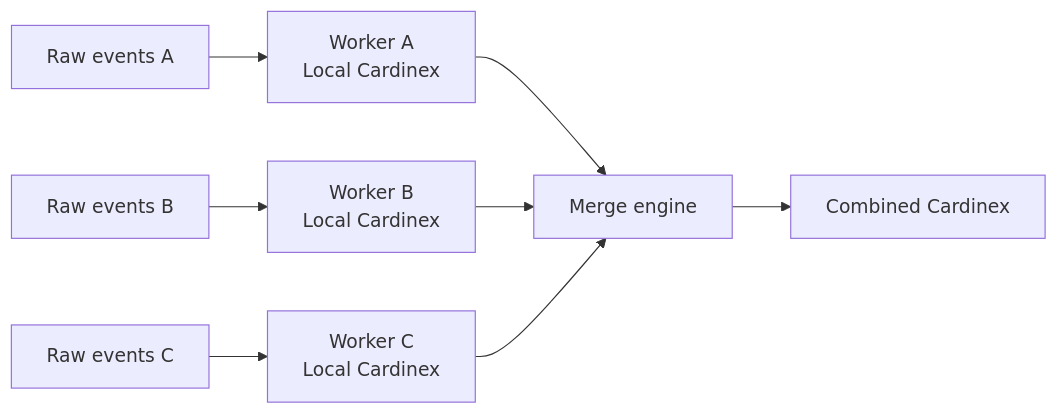
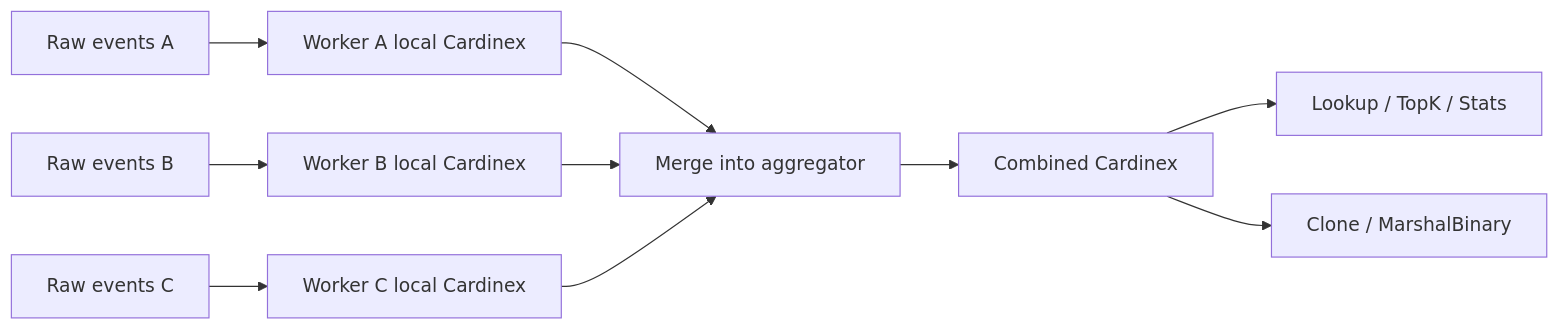
Before and after one commit to dippendicular/cardinex: diagram 14 of 14 in README.md, drawn with Mermaid. The commit also changed other lines of this file, not shown here.

````diff
--- a/README.md
+++ b/README.md
@@ -299,10 +694,12 @@
 ```mermaid
 flowchart LR
-    RA[Raw events A] --> WA[Worker A\nLocal Cardinex]
-    RB[Raw events B] --> WB[Worker B\nLocal Cardinex]
-    RC[Raw events C] --> WC[Worker C\nLocal Cardinex]
-    WA --> M[Merge engine]
+    EA[Raw events A] --> WA[Worker A local Cardinex]
+    EB[Raw events B] --> WB[Worker B local Cardinex]
+    EC[Raw events C] --> WC[Worker C local Cardinex]
+    WA --> M[Merge into aggregator]
     WB --> M
     WC --> M
     M --> CS[Combined Cardinex]
+    CS --> READ[Lookup / TopK / Stats]
+    CS --> PERSIST[Clone / MarshalBinary]
 ```
````
